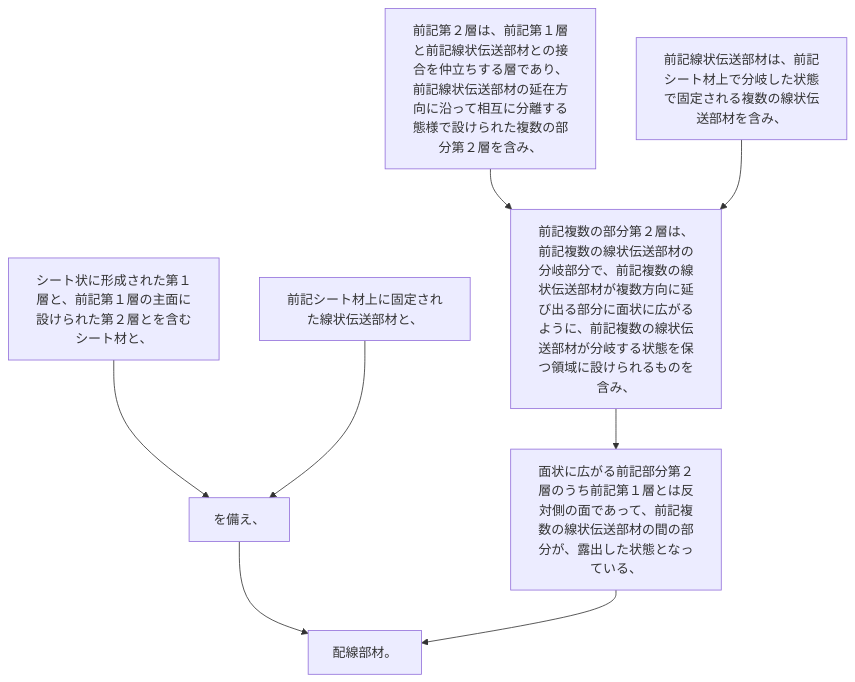
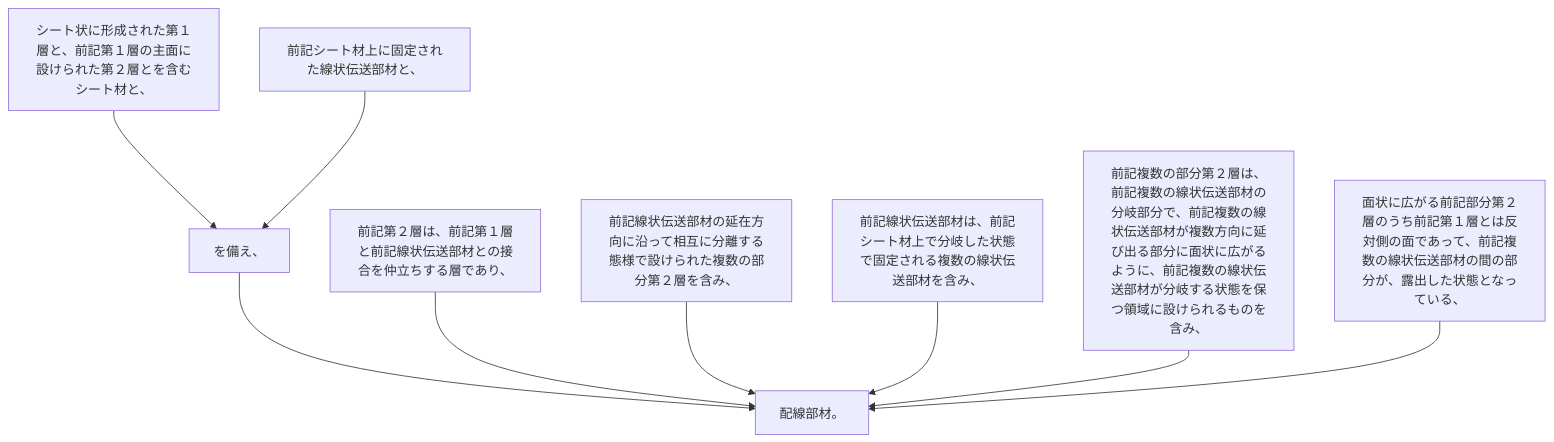
One commit to shinmori55/patent_analyzed changed the diagram in 2024/JP2024001238A/claim_2/claim_2_graph.md. Above: the diagram before and after it, drawn with Mermaid. The commit also changed 3332 other files, not shown here.

````diff
--- a/2024/JP2024001238A/claim_2/claim_2_graph.md
+++ b/2024/JP2024001238A/claim_2/claim_2_graph.md
@@ -1,19 +1,20 @@
 ```mermaid
 flowchart TD
 A[シート状に形成された第１層と、前記第１層の主面に設けられた第２層とを含むシート材と、]
 B[前記シート材上に固定された線状伝送部材と、]
 C[を備え、]
-D[前記第２層は、前記第１層と前記線状伝送部材との接合を仲立ちする層であり、前記線状伝送部材の延在方向に沿って相互に分離する態様で設けられた複数の部分第２層を含み、]
-E[前記線状伝送部材は、前記シート材上で分岐した状態で固定される複数の線状伝送部材を含み、]
-F[前記複数の部分第２層は、前記複数の線状伝送部材の分岐部分で、前記複数の線状伝送部材が複数方向に延び出る部分に面状に広がるように、前記複数の線状伝送部材が分岐する状態を保つ領域に設けられるものを含み、]
-G[面状に広がる前記部分第２層のうち前記第１層とは反対側の面であって、前記複数の線状伝送部材の間の部分が、露出した状態となっている、]
-H[配線部材。]
-
+D[前記第２層は、前記第１層と前記線状伝送部材との接合を仲立ちする層であり、]
+E[前記線状伝送部材の延在方向に沿って相互に分離する態様で設けられた複数の部分第２層を含み、]
+F[前記線状伝送部材は、前記シート材上で分岐した状態で固定される複数の線状伝送部材を含み、]
+G[前記複数の部分第２層は、前記複数の線状伝送部材の分岐部分で、前記複数の線状伝送部材が複数方向に延び出る部分に面状に広がるように、前記複数の線状伝送部材が分岐する状態を保つ領域に設けられるものを含み、]
+H[面状に広がる前記部分第２層のうち前記第１層とは反対側の面であって、前記複数の線状伝送部材の間の部分が、露出した状態となっている、]
+I[配線部材。]
 A --> C
 B --> C
-C --> H
-D --> F
-E --> F
-F --> G
-G --> H
+C --> I
+D --> I
+E --> I
+F --> I
+G --> I
+H --> I
 ```
````
